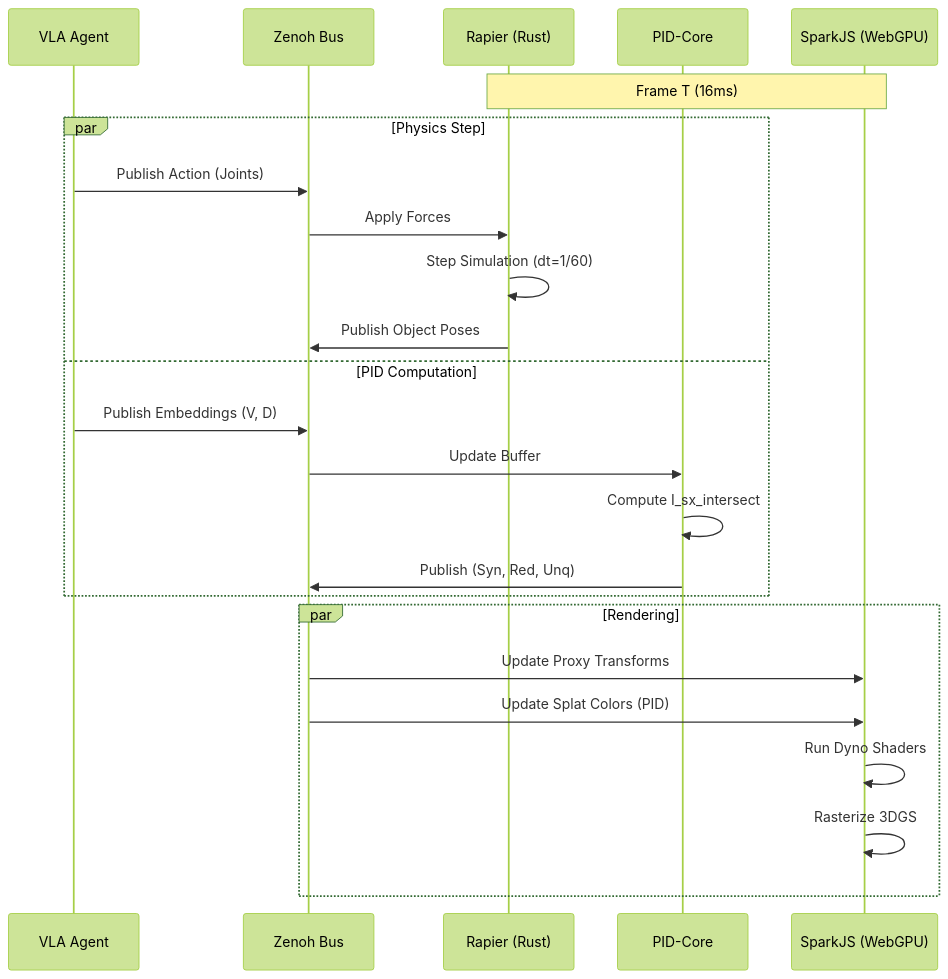
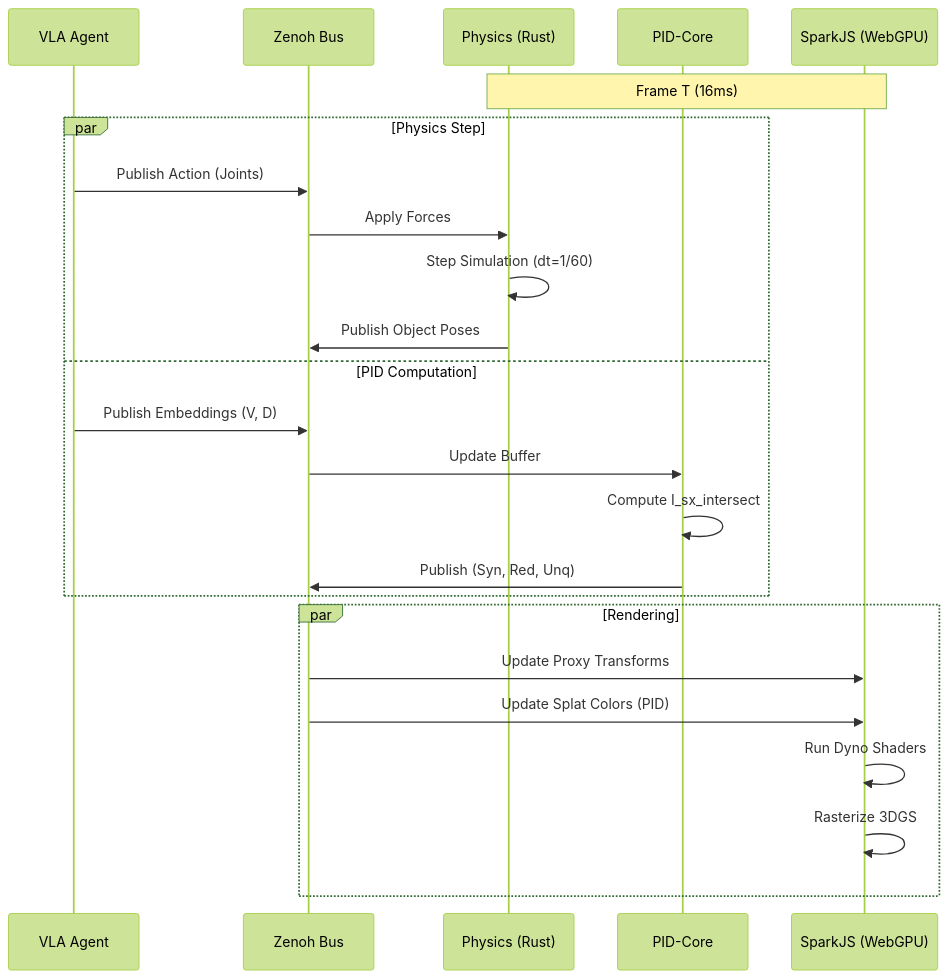
The second of 7 diagrams in DIAGRAMS.md (sepahead/prisoma), drawn with Mermaid (forest theme) before and after one commit. The commit also changed other lines of this file and 6 other files, not shown here.

````diff
--- a/DIAGRAMS.md
+++ b/DIAGRAMS.md
@@ -72,29 +72,29 @@
 ```mermaid
 sequenceDiagram
     participant VLA as VLA Agent
     participant Zenoh as Zenoh Bus
-    participant Phys as Rapier (Rust)
+    participant Phys as Physics (Rust)
     participant PID as PID-Core
     participant Spark as SparkJS (WebGPU)
 
     Note over Phys, Spark: Frame T (16ms)
 
     par Physics Step
         VLA->>Zenoh: Publish Action (Joints)
         Zenoh->>Phys: Apply Forces
         Phys->>Phys: Step Simulation (dt=1/60)
         Phys->>Zenoh: Publish Object Poses
     and PID Computation
         VLA->>Zenoh: Publish Embeddings (V, D)
         Zenoh->>PID: Update Buffer
         PID->>PID: Compute I_sx_intersect
         PID->>Zenoh: Publish (Syn, Red, Unq)
     end
 
     par Rendering
         Zenoh->>Spark: Update Proxy Transforms
         Zenoh->>Spark: Update Splat Colors (PID)
         Spark->>Spark: Run Dyno Shaders
         Spark->>Spark: Rasterize 3DGS
     end
 ```
````
